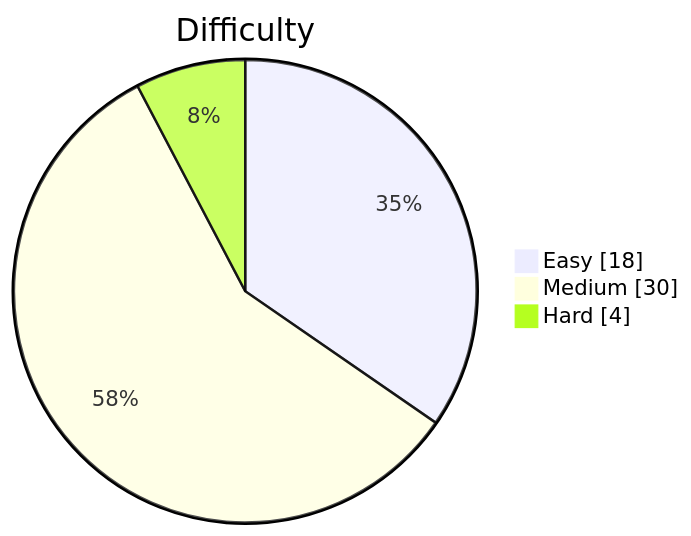
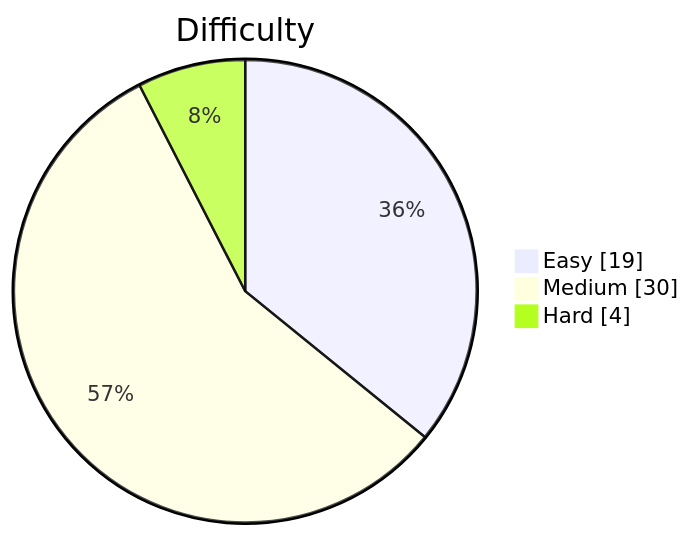
Before and after one commit to kevstevie/python-algo-practice: the diagram in README.md, drawn with Mermaid. The commit also changed other lines of this file, not shown here.

````diff
--- a/README.md
+++ b/README.md
@@ -13,7 +13,7 @@
 ```mermaid
 pie showData
     title Difficulty
-    "Easy"   : 18
+    "Easy"   : 19
     "Medium" : 30
     "Hard"   : 4
 ```
````
